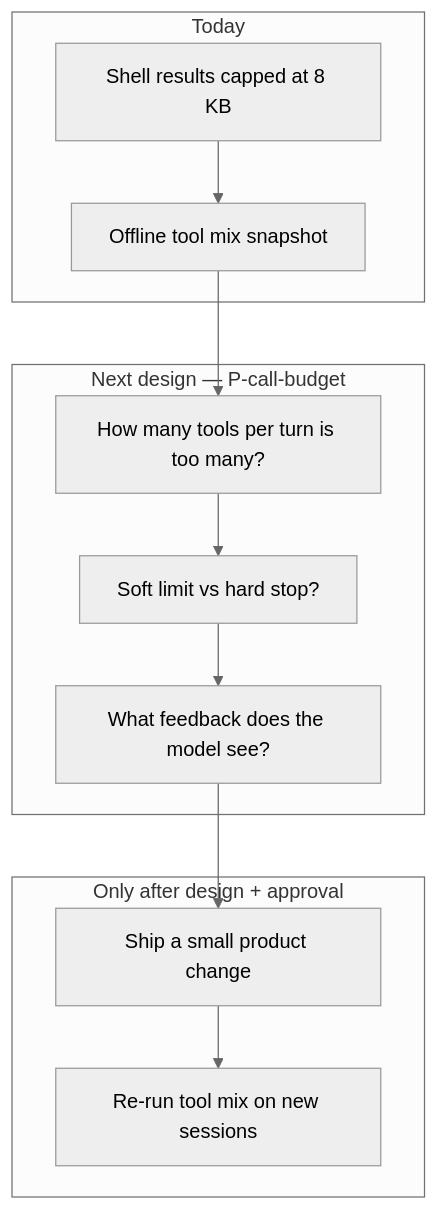
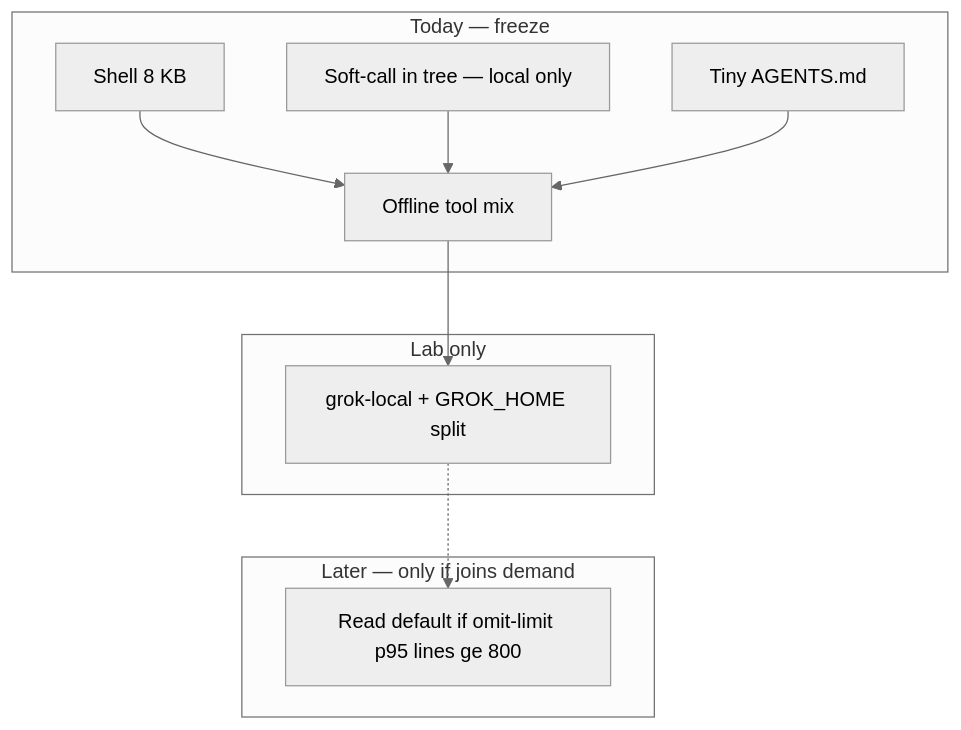
Before and after one commit to p10ns11y/grok-build: the sixth of 6 diagrams in intelli-arch-designs/harness-learning-cost-roadmap.md, drawn with Mermaid (neutral theme). The commit also changed other lines of this file and 2 other files, not shown here.

First line of the commit message:
docs: freeze harness cost loop and split official vs local grok

````diff
--- a/intelli-arch-designs/harness-learning-cost-roadmap.md
+++ b/intelli-arch-designs/harness-learning-cost-roadmap.md
@@ -239,22 +378,23 @@
 ```mermaid
 flowchart TB
-  subgraph today [Today]
-    CAP[Shell results capped at 8 KB]
-    OBS[Offline tool mix snapshot]
+  subgraph today [Today — freeze]
+    CAP[Shell 8 KB]
+    CALL[Soft-call in tree — local only]
+    CARD[Tiny AGENTS.md]
+    OBS[Offline tool mix]
   end
 
-  subgraph design [Next design — P-call-budget]
-    Q1[How many tools per turn is too many?]
-    Q2[Soft limit vs hard stop?]
-    Q3[What feedback does the model see?]
+  subgraph lab [Lab only]
+    LOCAL[grok-local + GROK_HOME split]
   end
 
-  subgraph after [Only after design + approval]
-    IMP[Ship a small product change]
-    REM[Re-run tool mix on new sessions]
+  subgraph later [Later — only if joins demand]
+    READ[Read default if omit-limit p95 lines ge 800]
   end
 
   CAP --> OBS
-  OBS --> Q1
-  Q1 --> Q2 --> Q3 --> IMP --> REM
+  CALL --> OBS
+  CARD --> OBS
+  OBS --> LOCAL
+  LOCAL -.-> READ
 ```
````
